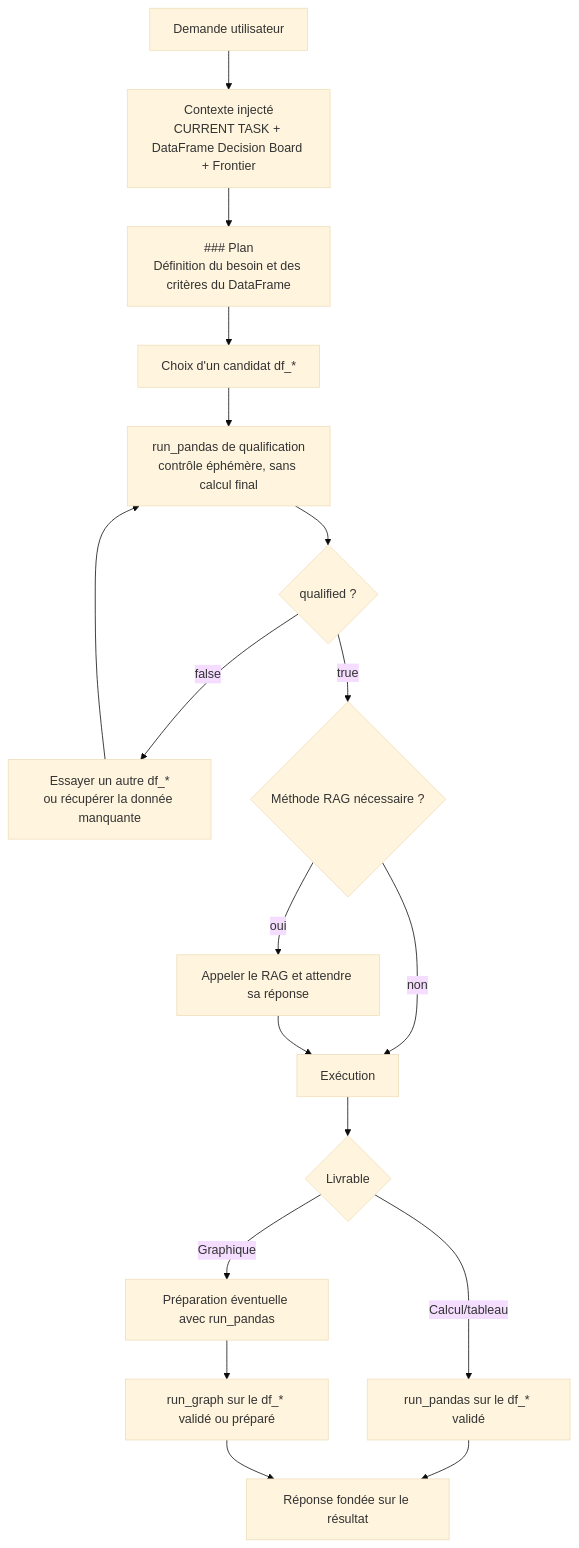
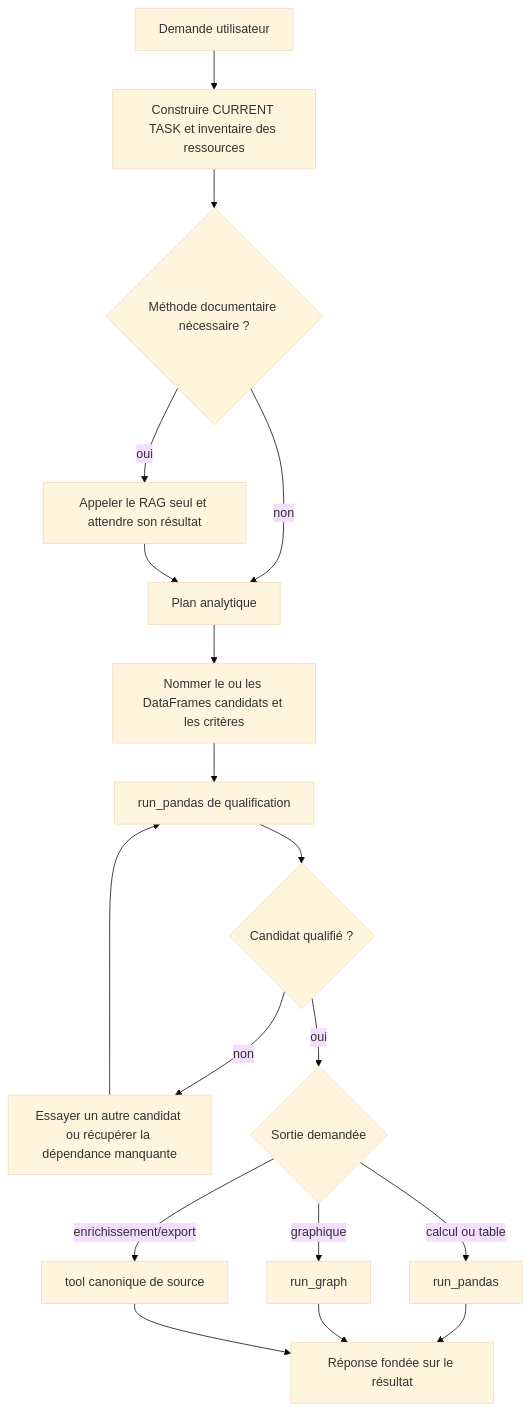
Before and after one commit to TidianeCisse777/IDEA: the third of 3 diagrams in ARCHITECTURE.md, drawn with Mermaid (base theme). The commit also changed other lines of this file and 51 other files, not shown here.

````diff
--- a/ARCHITECTURE.md
+++ b/ARCHITECTURE.md
@@ -168,20 +135,20 @@
 ```mermaid
 flowchart TD
-    A["Demande utilisateur"] --> B["Contexte injecté<br/>CURRENT TASK + DataFrame Decision Board + Frontier"]
-    B --> C["### Plan<br/>Définition du besoin et des critères du DataFrame"]
-    C --> D["Choix d'un candidat df_*"]
-    D --> E["run_pandas de qualification<br/>contrôle éphémère, sans calcul final"]
-    E --> F{"qualified ?"}
-    F -- "false" --> G["Essayer un autre df_*<br/>ou récupérer la donnée manquante"]
-    G --> E
-    F -- "true" --> H{"Méthode RAG nécessaire ?"}
-    H -- "oui" --> I["Appeler le RAG et attendre sa réponse"]
-    H -- "non" --> J["Exécution"]
-    I --> J
-    J --> K{"Livrable"}
-    K -- "Calcul/tableau" --> L["run_pandas sur le df_* validé"]
-    K -- "Graphique" --> M["Préparation éventuelle avec run_pandas"]
-    M --> N["run_graph sur le df_* validé ou préparé"]
-    L --> O["Réponse fondée sur le résultat"]
-    N --> O
+    A["Demande utilisateur"] --> B["Construire CURRENT TASK et inventaire des ressources"]
+    B --> C{"Méthode documentaire nécessaire ?"}
+    C -->|"oui"| R["Appeler le RAG seul et attendre son résultat"]
+    C -->|"non"| P["Plan analytique"]
+    R --> P
+    P --> D["Nommer le ou les DataFrames candidats et les critères"]
+    D --> Q["run_pandas de qualification"]
+    Q --> V{"Candidat qualifié ?"}
+    V -->|"non"| X["Essayer un autre candidat ou récupérer la dépendance manquante"]
+    X --> Q
+    V -->|"oui"| E{"Sortie demandée"}
+    E -->|"calcul ou table"| PA["run_pandas"]
+    E -->|"graphique"| GR["run_graph"]
+    E -->|"enrichissement/export"| ST["tool canonique de source"]
+    PA --> Z["Réponse fondée sur le résultat"]
+    GR --> Z
+    ST --> Z
 ```
````
